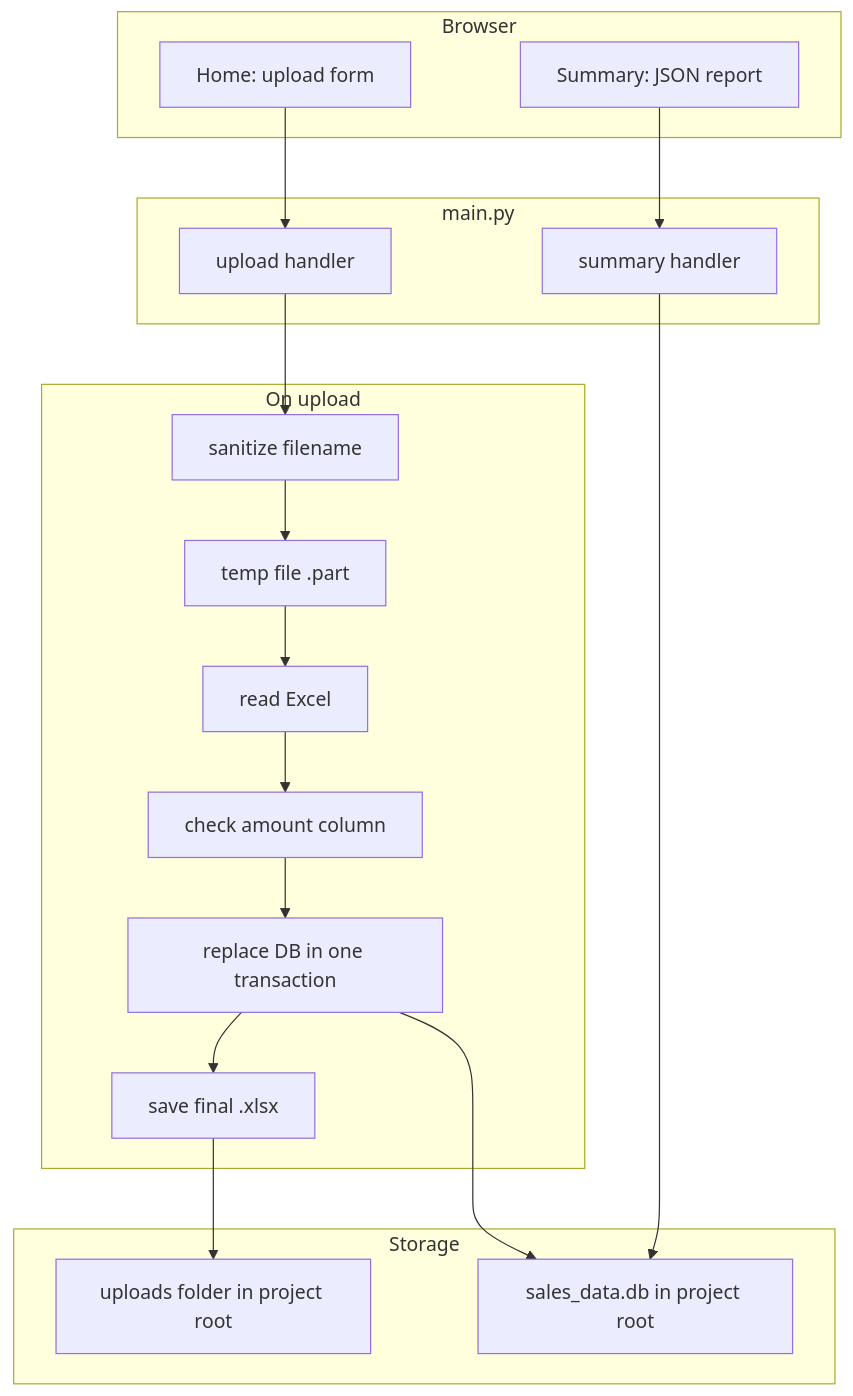
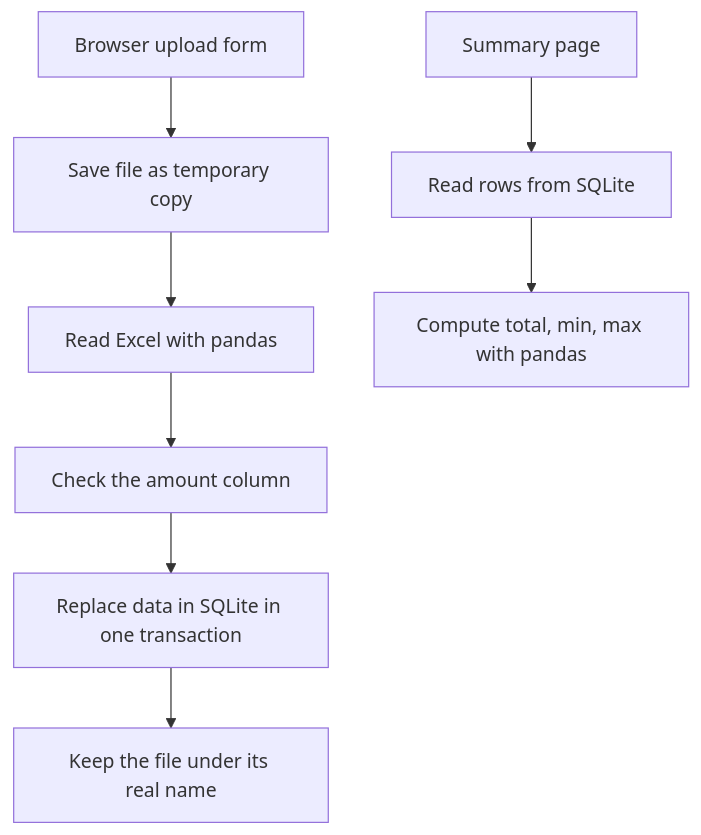
One commit to MiroslavKocian/financial-report-generator changed the diagram in README.md. Above: the diagram before and after it, drawn with Mermaid. The commit also changed other lines of this file, not shown here.

````diff
--- a/README.md
+++ b/README.md
@@ -56,31 +108,10 @@
 ```mermaid
 flowchart TD
-    subgraph browser [Browser]
-        home[Home: upload form]
-        summaryPage[Summary: JSON report]
-    end
-
-    subgraph api [main.py]
-        uploadRoute[upload handler]
-        summaryRoute[summary handler]
-    end
-
-    subgraph pipeline [On upload]
-        sanitize[sanitize filename]
-        temp[temp file .part]
-        excel[read Excel]
-        validate[check amount column]
-        replace[replace DB in one transaction]
-        publish[save final .xlsx]
-    end
-
-    subgraph storage [Storage]
-        disk[uploads folder in project root]
-        sqlite[sales_data.db in project root]
-    end
-
-    home --> uploadRoute --> sanitize --> temp --> excel --> validate --> replace
-    replace --> sqlite
-    replace --> publish --> disk
-    summaryPage --> summaryRoute --> sqlite
+    browser[Browser upload form] --> save[Save file as temporary copy]
+    save --> read[Read Excel with pandas]
+    read --> check[Check the amount column]
+    check --> db[Replace data in SQLite in one transaction]
+    db --> publish[Keep the file under its real name]
+    summary[Summary page] --> query[Read rows from SQLite]
+    query --> totals[Compute total, min, max with pandas]
 ```
````
